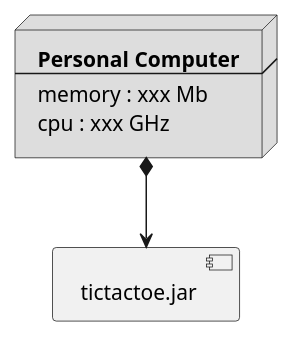
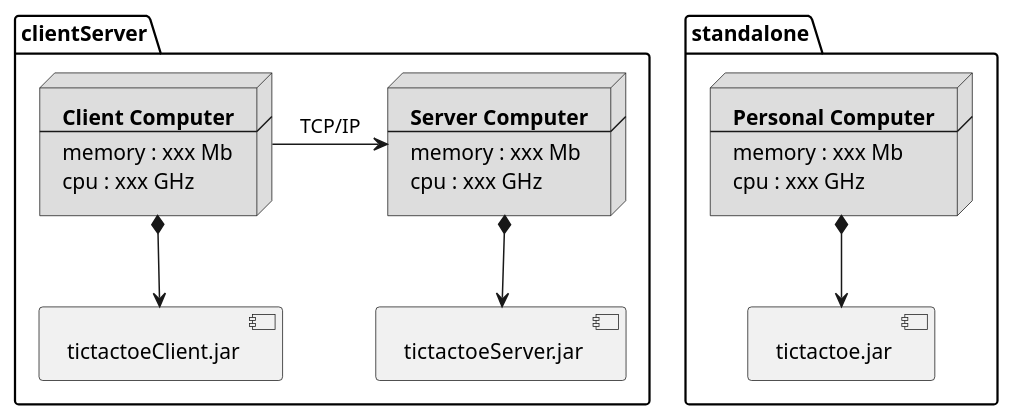
Before and after one commit to x-USantaTecla-game-ticTacToe/java: the sixth of 6 diagrams in docs/src/docs/asciidoc/index.adoc, drawn with PlantUML. The commit also changed other lines of this file and 76 other files, not shown here.

```diff
--- a/docs/src/docs/asciidoc/index.adoc
+++ b/docs/src/docs/asciidoc/index.adoc
@@ -737,14 +814,45 @@
 [plantuml,diagramaDespliegue,svg]
 ....
 
-node node #DDDDDD [
+package standalone {
+
+node standaloneNode #DDDDDD [
 <b>Personal Computer</b>
 ----
 memory : xxx Mb
 cpu : xxx GHz
 ]
 
-[ tictactoe.jar ] as component
+[ tictactoe.jar ] as standaloneComponent
 
-node *--> component
+}
+
+standaloneNode *--> standaloneComponent
+
+package clientServer {
+
+node clientNode #DDDDDD [
+<b>Client Computer</b>
+----
+memory : xxx Mb
+cpu : xxx GHz
+]
+
+[ tictactoeClient.jar ] as clientComponent
+
+node serverNode #DDDDDD [
+<b>Server Computer</b>
+----
+memory : xxx Mb
+cpu : xxx GHz
+]
+
+[ tictactoeServer.jar ] as serverComponent
+
+}
+
+clientNode *--> clientComponent
+serverNode *--> serverComponent
+
+clientNode -right-> serverNode : TCP/IP
 ....
```
